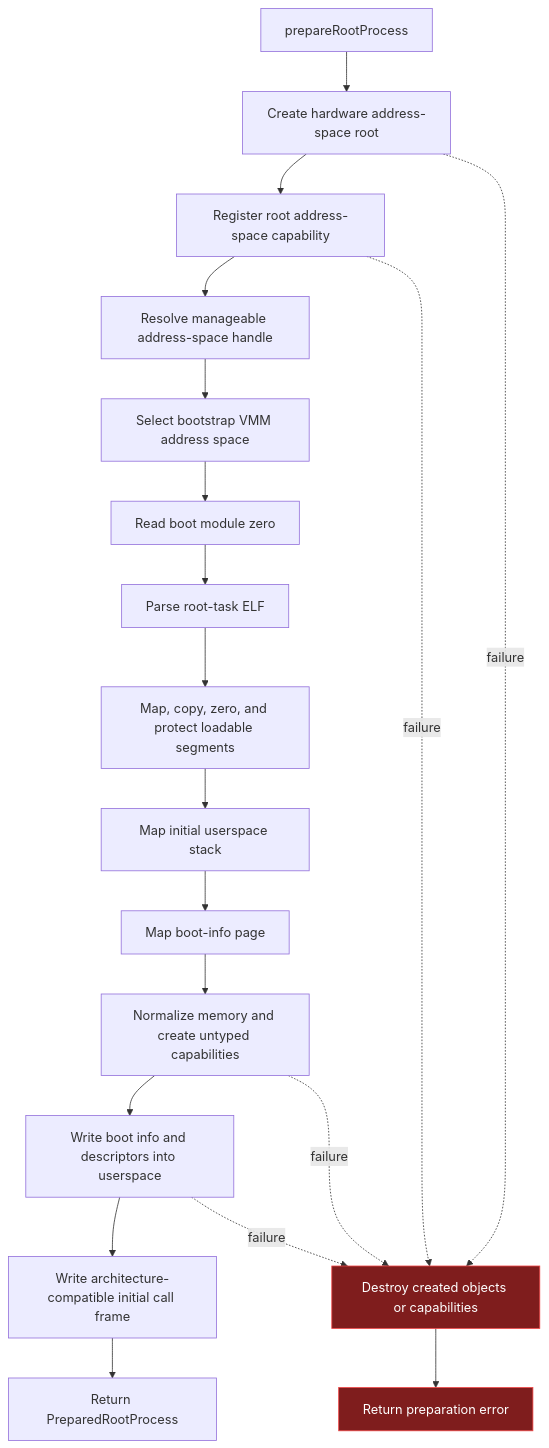
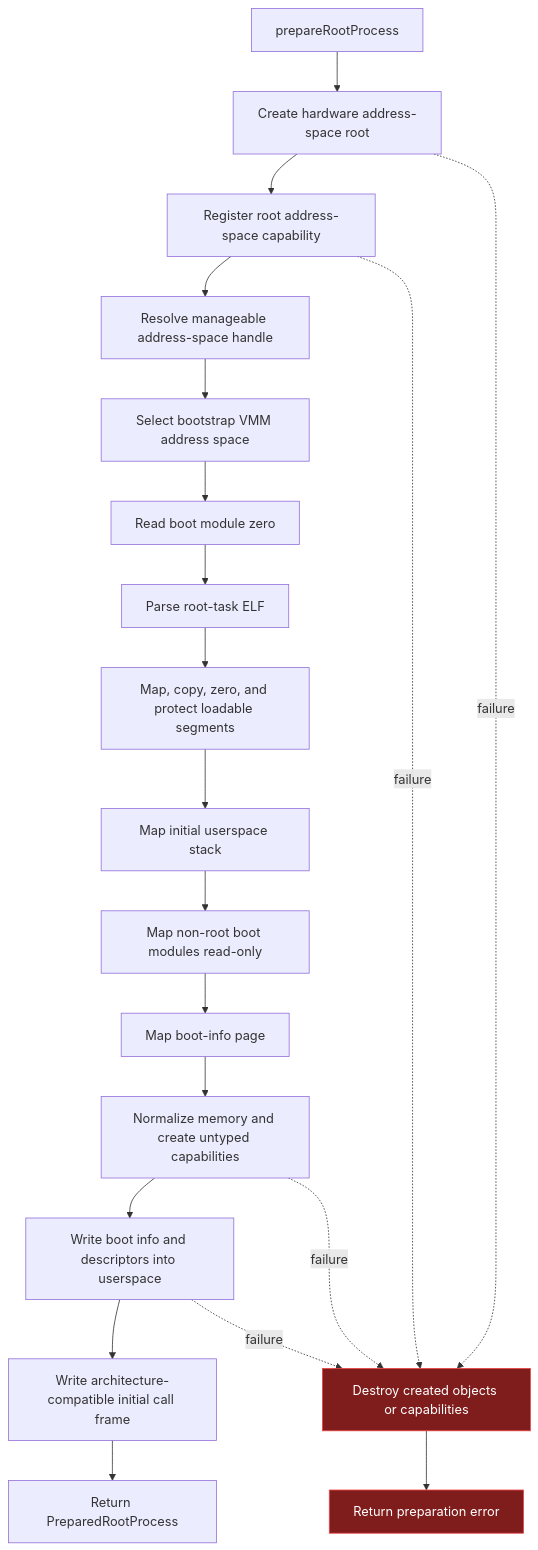
Before and after one commit to bcrew1375/os-development-project: the diagram in docs/flowcharts/root-process-preparation.md, drawn with Mermaid. The commit also changed other lines of this file and 37 other files, not shown here.

````diff
--- a/docs/flowcharts/root-process-preparation.md
+++ b/docs/flowcharts/root-process-preparation.md
@@ -8,25 +11,26 @@
 ```mermaid
 flowchart TD
     begin[prepareRootProcess] --> root[Create hardware address-space root]
     root --> cap[Register root address-space capability]
     cap --> resolve[Resolve manageable address-space handle]
     resolve --> activate[Select bootstrap VMM address space]
     activate --> module[Read boot module zero]
     module --> elf[Parse root-task ELF]
     elf --> segments[Map, copy, zero, and protect loadable segments]
     segments --> stack[Map initial userspace stack]
-    stack --> bootPage[Map boot-info page]
+    stack --> modules[Map non-root boot modules read-only]
+    modules --> bootPage[Map boot-info page]
     bootPage --> collect[Normalize memory and create untyped capabilities]
     collect --> write[Write boot info and descriptors into userspace]
     write --> frame[Write architecture-compatible initial call frame]
     frame --> result[Return PreparedRootProcess]
 
     root -. failure .-> rollback[Destroy created objects or capabilities]
     cap -. failure .-> rollback
     collect -. failure .-> rollback
     write -. failure .-> rollback
     rollback --> error[Return preparation error]
 
     classDef failure fill:#7f1d1d,color:#ffffff,stroke:#ef4444;
     class rollback,error failure;
 ```
````
